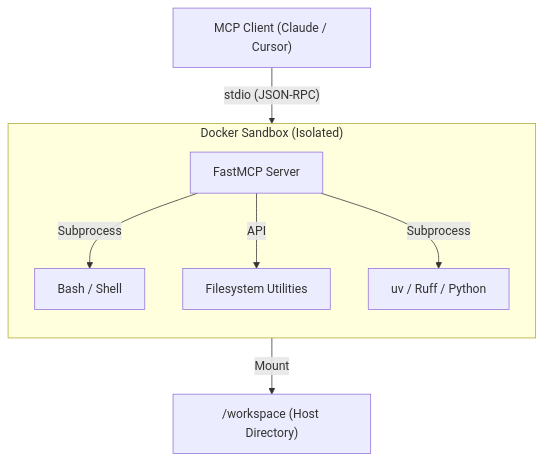
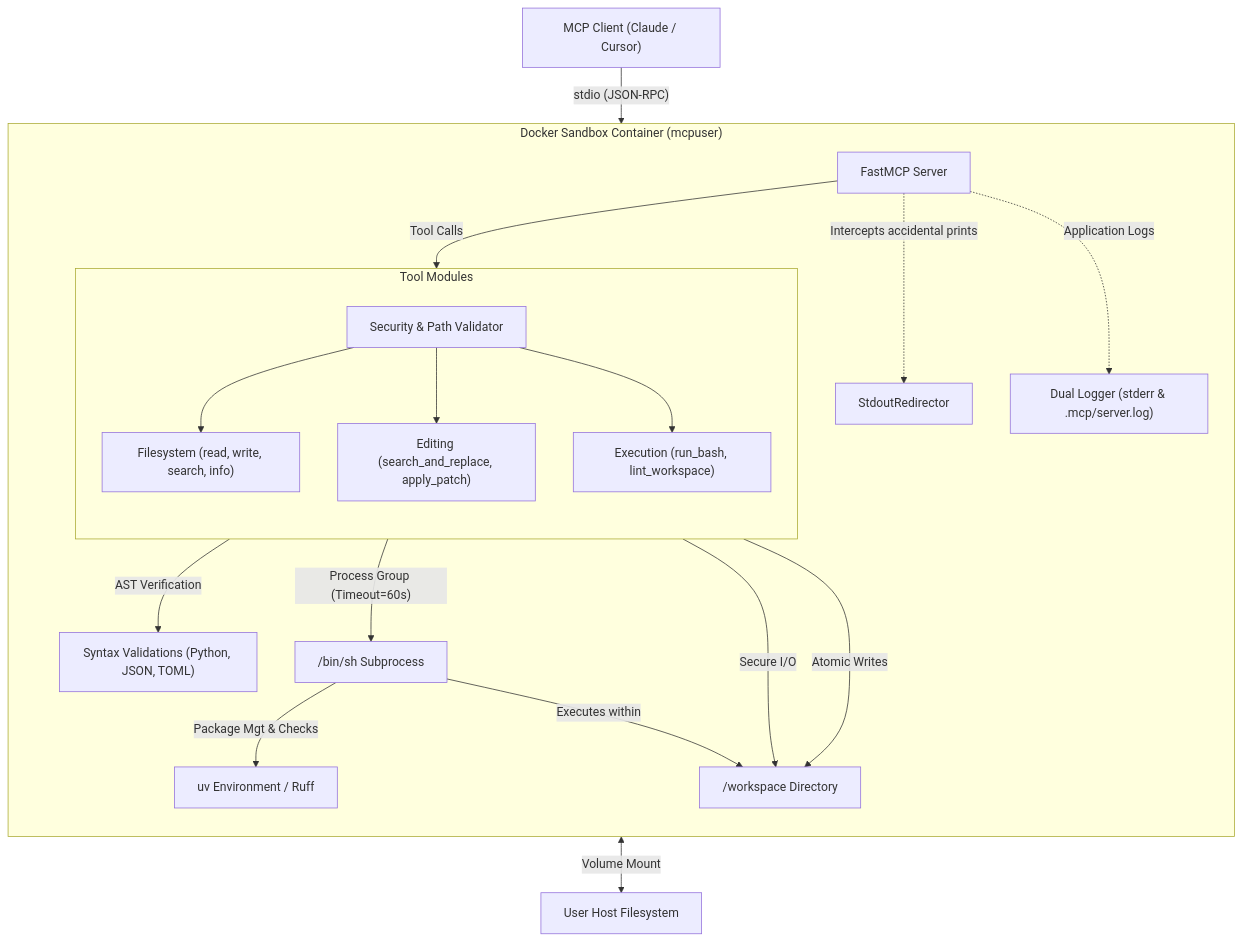
Before and after one commit to HrRodan/agent-workspace-mcp: the diagram in README.md, drawn with Mermaid.

````diff
--- a/README.md
+++ b/README.md
@@ -25,13 +25,30 @@
 ```mermaid
 flowchart TD
-    Client["MCP Client (Claude / Cursor)"] -- "stdio (JSON-RPC)" --> Server["FastMCP Server"]
+    Client["MCP Client (Claude / Cursor)"] -- "stdio (JSON-RPC)" --> FastMCP["FastMCP Server"]
 
-    subgraph Sandbox ["Docker Sandbox (Isolated)"]
+    subgraph Sandbox ["Docker Sandbox Container (mcpuser)"]
         direction TB
-        Server -- "Subprocess" --> Bash["Bash / Shell"]
-        Server -- "API" --> FS["Filesystem Utilities"]
-        Server -- "Subprocess" --> UV["uv / Ruff / Python"]
+        
+        FastMCP -. "Intercepts accidental prints" .-> StdioGuard["StdoutRedirector"]
+        FastMCP -. "Application Logs" .-> Logger["Dual Logger (stderr & .mcp/server.log)"]
+        
+        FastMCP -- "Tool Calls" --> SecurityGuard["Security & Path Validator"]
+        
+        subgraph Toolset ["Tool Modules"]
+            direction TB
+            SecurityGuard --> FSTools["Filesystem (read, write, search, info)"]
+            SecurityGuard --> EditTools["Editing (search_and_replace, apply_patch)"]
+            SecurityGuard --> ExecTools["Execution (run_bash, lint_workspace)"]
+        end
+
+        EditTools -- "AST Verification" --> Validator["Syntax Validations (Python, JSON, TOML)"]
+        ExecTools -- "Process Group (Timeout=60s)" --> Shell["/bin/sh Subprocess"]
+        Shell -- "Package Mgt & Checks" --> UV["uv Environment / Ruff"]
+        
+        FSTools -- "Secure I/O" --> Workspace["/workspace Directory"]
+        EditTools -- "Atomic Writes" --> Workspace
+        Shell -- "Executes within" --> Workspace
     end
 
-    FS -- "Mount" --> HostVolume["/workspace (Host Directory)"]
+    Workspace <--"Volume Mount"--> HostFS["User Host Filesystem"]
 ```
````
